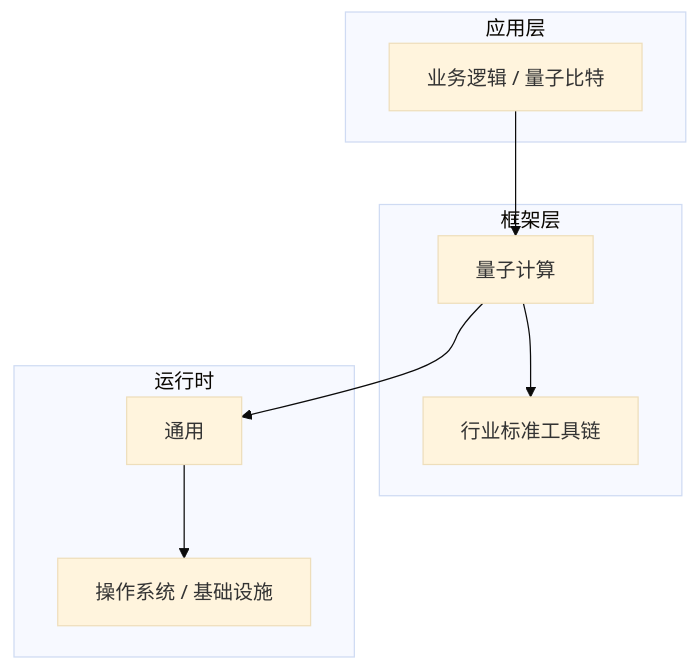
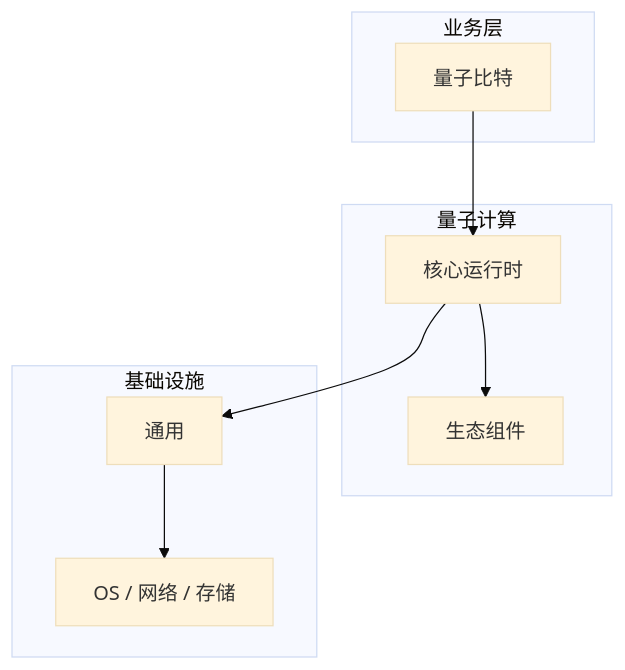
Before and after one commit to yanggan2015/knowledge-json-v2: the diagram in articles/量子计算/chapters/006-量子比特核心概念与原理.md, drawn with Mermaid (base theme). The commit also changed other lines of this file and 10127 other files, not shown here.

````diff
--- a/articles/量子计算/chapters/006-量子比特核心概念与原理.md
+++ b/articles/量子计算/chapters/006-量子比特核心概念与原理.md
@@ -45,18 +30,18 @@
 ```mermaid
 graph TB
-    subgraph 应用层
-        A[业务逻辑 / 量子比特]
+    subgraph 业务层
+        A[量子比特]
     end
-    subgraph 框架层
-        B[量子计算]
-        C[行业标准工具链]
+    subgraph 量子计算
+        B[核心运行时]
+        C[生态组件]
     end
-    subgraph 运行时
+    subgraph 基础设施
         D[通用]
-        E[操作系统 / 基础设施]
+        E[OS / 网络 / 存储]
     end
     A --> B
     B --> C
     B --> D
     D --> E
 ```
````
